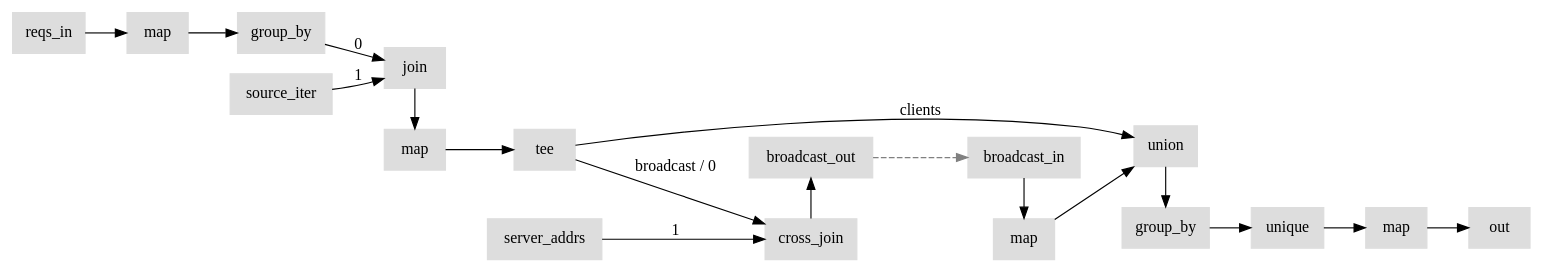
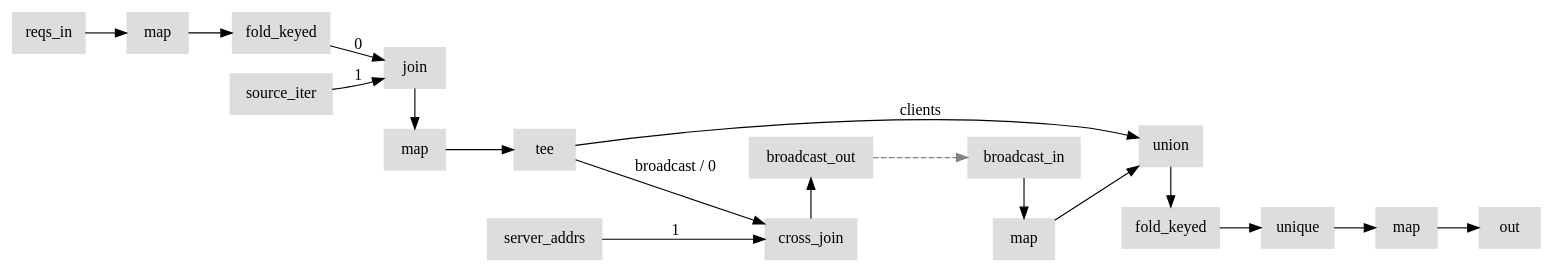
Before and after one commit to nickjiang2378/hydroflow: the diagram in hydroflow/examples/shopping/misc/replicated2.dot, drawn with Graphviz. The commit also changed 52 other files, not shown here.

First line of the commit message:
refactor(hydroflow_lang): Suffixes and remove keyed fold (#702)

```diff
--- a/hydroflow/examples/shopping/misc/replicated2.dot
+++ b/hydroflow/examples/shopping/misc/replicated2.dot
@@ -1,126 +1,126 @@
 digraph {
     // subgraph "cluster n1v1" {
     // fillcolor="#dddddd"
     // style=fille
     // label = "sg_1v1\nstratum 0"
     rankdir = LR;
     
     // n1v1 [label="(n1v1) source_iter(shopping_ssiv)", fontname=Monaco, shape=box, style = filled, color = "#dddddd", fontcolor = "#000000"]
     // n2v1 [label="(n2v1) map(|pair| (pair, remote_addr))", fontname=Monaco, shape=box, style = filled, color = "#dddddd", fontcolor = "#000000"]
     // n3v1 [label="(n3v1) dest_sink_serde(reqs_out)", fontname=Monaco, shape=box, style = filled, color = "#dddddd"]
     // n1v1 -> n2v1
     // n2v1 -> n3v1
     // }
     // subgraph "cluster n2v1" {
     //     fillcolor="#dddddd"
     //     style=filled
     //     label = "sg_2v1\nstratum 0"
     n4v1 [label = "reqs_in";fontname = Monaco;shape = box;style = filled;color = "#dddddd";fontcolor = "#000000";];
     // n5v1 [label="map", fontname=Monaco, shape=box, style = filled, color = "#dddddd", fontcolor = "#000000"]
     n6v1 [label = "map";fontname = Monaco;shape = box;style = filled;color = "#dddddd";fontcolor = "#000000";];
     n4v1 -> n6v1;
     // n5v1 -> n6v1
     // }
     // subgraph "cluster n3v1" {
     //     fillcolor="#dddddd"
     //     style=filled
     //     label = "sg_3v1\nstratum 1"
-    n7v1 [label = "group_by";fontname = Monaco;shape = box;style = filled;color = "#dddddd";fontcolor = "#000000";];
+    n7v1 [label = "fold_keyed";fontname = Monaco;shape = box;style = filled;color = "#dddddd";fontcolor = "#000000";];
     n8v1 [label = "source_iter";fontname = Monaco;shape = box;style = filled;color = "#dddddd";fontcolor = "#000000";];
     subgraph {
         rank = same;
         n9v1 [label = "join";fontname = Monaco;shape = box;style = filled;color = "#dddddd";fontcolor = "#000000";];
         n10v1 [label = "map";fontname = Monaco;shape = box;style = filled;color = "#dddddd";fontcolor = "#000000";];
     }
     n11v1 [label = "tee";fontname = Monaco;shape = box;style = filled;color = "#dddddd";];
     n7v1 -> n9v1 [label = "0";];
     n8v1 -> n9v1 [label = "1";];
     n9v1 -> n10v1;
     n10v1 -> n11v1;
     // subgraph "cluster sg_3v1_var_lookup_class" {
     // label="var lookup_class"
     n9v1;
     n10v1;
     n11v1;
     // }
     // }
     // subgraph "cluster n4v1" {
     //     fillcolor="#dddddd"
     //     style=filled
     //     label = "sg_4v1\nstratum 1"
     n12v1 [label = "server_addrs";fontname = Monaco;shape = box;style = filled;color = "#dddddd";fontcolor = "#000000";];
     subgraph {
         rank = same;
         n13v1 [label = "cross_join";fontname = Monaco;shape = box;style = filled;color = "#dddddd";fontcolor = "#000000";];
         n14v1 [label = "broadcast_out";fontname = Monaco;shape = box;style = filled;color = "#dddddd";];
     }
     n12v1 -> n13v1 [label = "1";];
     n13v1 -> n14v1;
     // subgraph "cluster sg_4v1_var_broadcast" {
     // label="var broadcast"
     n13v1;
     n14v1;
     // }
     // }
     // subgraph "cluster n5v1" {
     //     fillcolor="#dddddd"
     //     style=filled
     //     label = "sg_5v1\nstratum 1"
     // n17v1 [label="map", fontname=Monaco, shape=box, style = filled, color = "#dddddd", fontcolor = "#000000"]
     n16v1 -> n18v1;
     // n17v1 -> n18v1
     // subgraph "cluster sg_5v1_var_all_in" {
     // label="var all_in"
     n18v1;
     // }
     // }
     // subgraph "cluster n6v1" {
     //     fillcolor="#dddddd"
     //     style=filled
     //     label = "sg_6v1\nstratum 2"
     subgraph {
         rank = same;
         n18v1 [label = "union";fontname = Monaco;shape = box;style = filled;color = "#dddddd";fontcolor = "#000000";];
-        n19v1 [label = "group_by";fontname = Monaco;shape = box;style = filled;color = "#dddddd";fontcolor = "#000000";];
+        n19v1 [label = "fold_keyed";fontname = Monaco;shape = box;style = filled;color = "#dddddd";fontcolor = "#000000";];
     }
     n20v1 [label = "unique";fontname = Monaco;shape = box;style = filled;color = "#dddddd";fontcolor = "#000000";];
     n21v1 [label = "map";fontname = Monaco;shape = box;style = filled;color = "#dddddd";fontcolor = "#000000";];
     n22v1 [label = "out";fontname = Monaco;shape = box;style = filled;color = "#dddddd";];
     n19v1 -> n20v1;
     n20v1 -> n21v1;
     n21v1 -> n22v1;
     // subgraph "cluster sg_6v1_var_all_in" {
     // label="var all_in"
     n19v1;
     n20v1;
     n21v1;
     n22v1;
     // }
     // }
     // subgraph "cluster n7v1" {
     //     fillcolor="#dddddd"
     //     style=filled
     //     label = "sg_7v1\nstratum 0"
     subgraph {
         rank = same;
         n15v1 [label = "broadcast_in";fontname = Monaco;shape = box;style = filled;color = "#dddddd";fontcolor = "#000000";];
         n16v1 [label = "map";fontname = Monaco;shape = box;style = filled;color = "#dddddd";fontcolor = "#000000";];
     }
     // }
     n6v1 -> n7v1;
     n11v1 -> n18v1 [label = "clients";];
     n11v1 -> n13v1 [label = "broadcast / 0";];
     n15v1 -> n16v1;
     n18v1 -> n19v1;
     n14v1 -> n15v1 [style = dashed; color = gray;];
     // n23v1 [label="(n23v1) handoff", fontname=Monaco, shape=parallelogram, style = filled, color = "#ddddff"]
     // n23v1 -> n7v1 [arrowhead=box, color=red]
     // n24v1 [label="(n24v1) handoff", fontname=Monaco, shape=parallelogram, style = filled, color = "#ddddff"]
     // n24v1 -> n18v1
     // n25v1 [label="(n25v1) handoff", fontname=Monaco, shape=parallelogram, style = filled, color = "#ddddff"]
     // n25v1 -> n13v1 [label="0"]
     // n26v1 [label="(n26v1) handoff", fontname=Monaco, shape=parallelogram, style = filled, color = "#ddddff"]
     // n26v1 -> n19v1 [arrowhead=box, color=red]
     // n27v1 [label="(n27v1) handoff", fontname=Monaco, shape=parallelogram, style = filled, color = "#ddddff"]
     // n27v1 -> n16v1
 }
```
